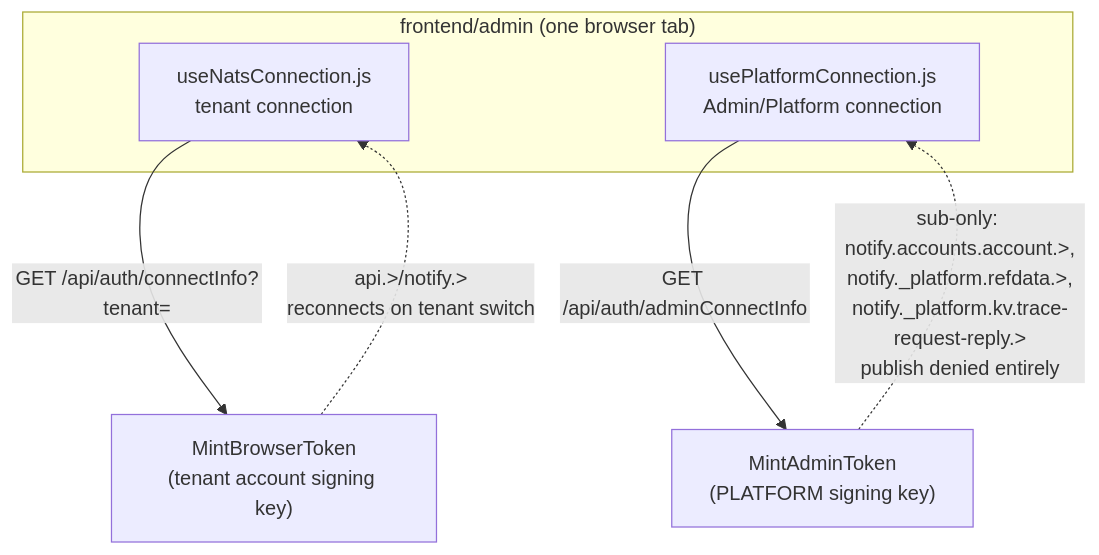
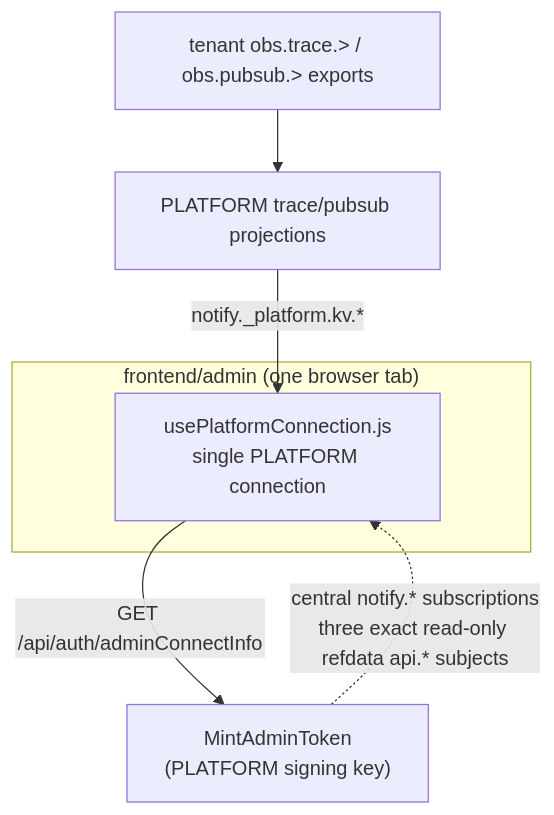
One commit to jthomas78/nats-tech-lab changed the first of 16 diagrams in obsidian/V3-Platform/Architecture/Dictionary-POC/ARCHITECTURE-ACCOUNTS.md. Above: the diagram before and after it, drawn with Mermaid. The commit also changed other lines of this file and 37 other files, not shown here.

First line of the commit message:
refactor(lab): collapse Admin UI to one PLATFORM browser connection, persist seafreight requestor identity

````diff
--- a/obsidian/V3-Platform/Architecture/Dictionary-POC/ARCHITECTURE-ACCOUNTS.md
+++ b/obsidian/V3-Platform/Architecture/Dictionary-POC/ARCHITECTURE-ACCOUNTS.md
@@ -349,12 +355,11 @@
 ```mermaid
 
 flowchart TB
     subgraph Browser["frontend/admin (one browser tab)"]
-        Tenant["useNatsConnection.js<br/>tenant connection"]
-        Platform["usePlatformConnection.js<br/>Admin/Platform connection"]
+        Platform["usePlatformConnection.js<br/>single PLATFORM connection"]
     end
-    Tenant -- "GET /api/auth/connectInfo?tenant=" --> MintBrowser["MintBrowserToken<br/>(tenant account signing key)"]
     Platform -- "GET /api/auth/adminConnectInfo" --> MintAdmin["MintAdminToken<br/>(PLATFORM signing key)"]
-    MintBrowser -.->|"api.&gt;/notify.&gt;<br/>reconnects on tenant switch"| Tenant
-    MintAdmin -.->|"sub-only: notify.accounts.account.&gt;,<br/>notify._platform.refdata.&gt;,<br/>notify._platform.kv.trace-request-reply.&gt;<br/>publish denied entirely"| Platform
+    MintAdmin -.->|"central notify.* subscriptions<br/>three exact read-only refdata api.* subjects"| Platform
+    TenantExports["tenant obs.trace.&gt; / obs.pubsub.&gt; exports"] --> PlatformStores["PLATFORM trace/pubsub projections"]
+    PlatformStores -->|"notify._platform.kv.*"| Platform
 ```
````
